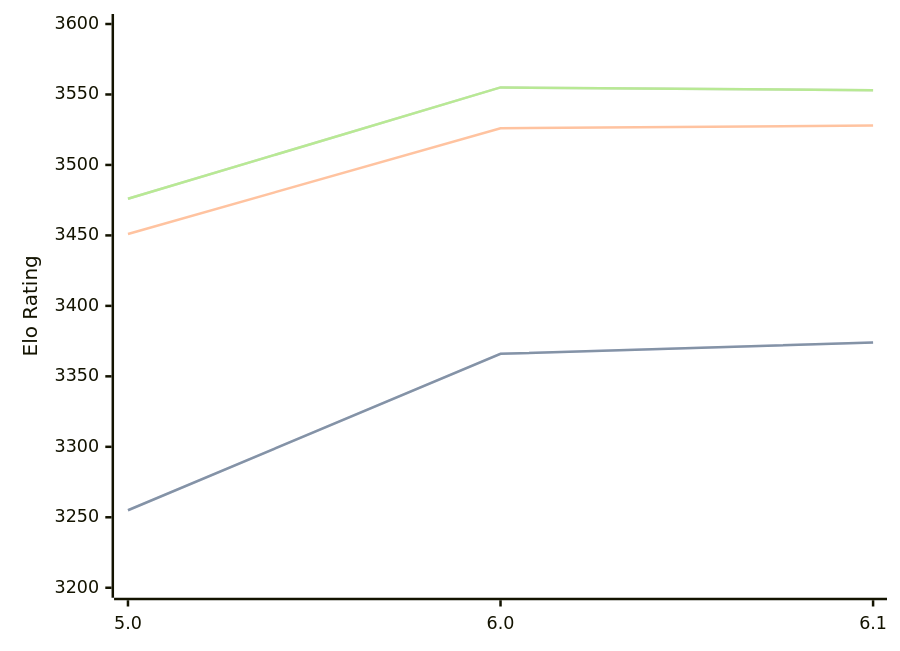
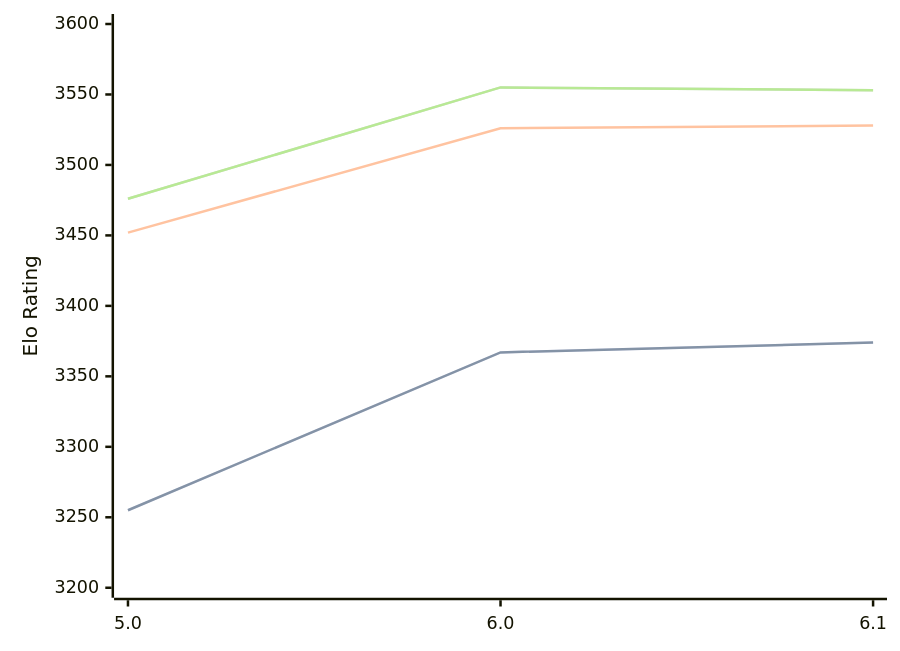
Before and after one commit to computer-chess-index/cci: the diagram in engines/Starzix.md, drawn with Mermaid. The commit also changed other lines of this file, not shown here.

````diff
--- a/engines/Starzix.md
+++ b/engines/Starzix.md
@@ -35,11 +35,11 @@
 ```mermaid
 %%{init: {"theme":"base","themeVariables":{"seriesColors:['#a3a3a3','#222221','#faa371']}}}%%
 xychart-beta
   x-axis ["5.0", "6.0", "6.1"]
   y-axis "Elo Rating" 3200 --> 3600
-  line "STC (8.0+0.08s)" [3255, 3366, 3374]
-  line "STC (8.0+0.08s)" [3255, 3366, 3374]
-  line "LTC (60.0+0.60s)" [3451, 3526, 3528]
+  line "STC (8.0+0.08s)" [3255, 3367, 3374]
+  line "STC (8.0+0.08s)" [3255, 3367, 3374]
+  line "LTC (60.0+0.60s)" [3452, 3526, 3528]
   line "VLTC (2m24s+1.12s)" [3476, 3555, 3553]
   line "VLTC (2m24s+1.12s)" [3476, 3555, 3553]
 ```
````
